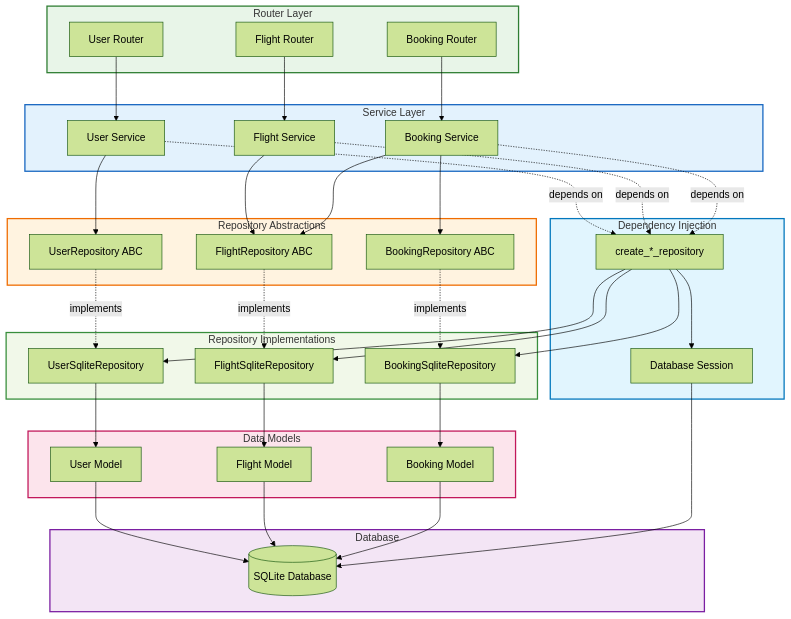
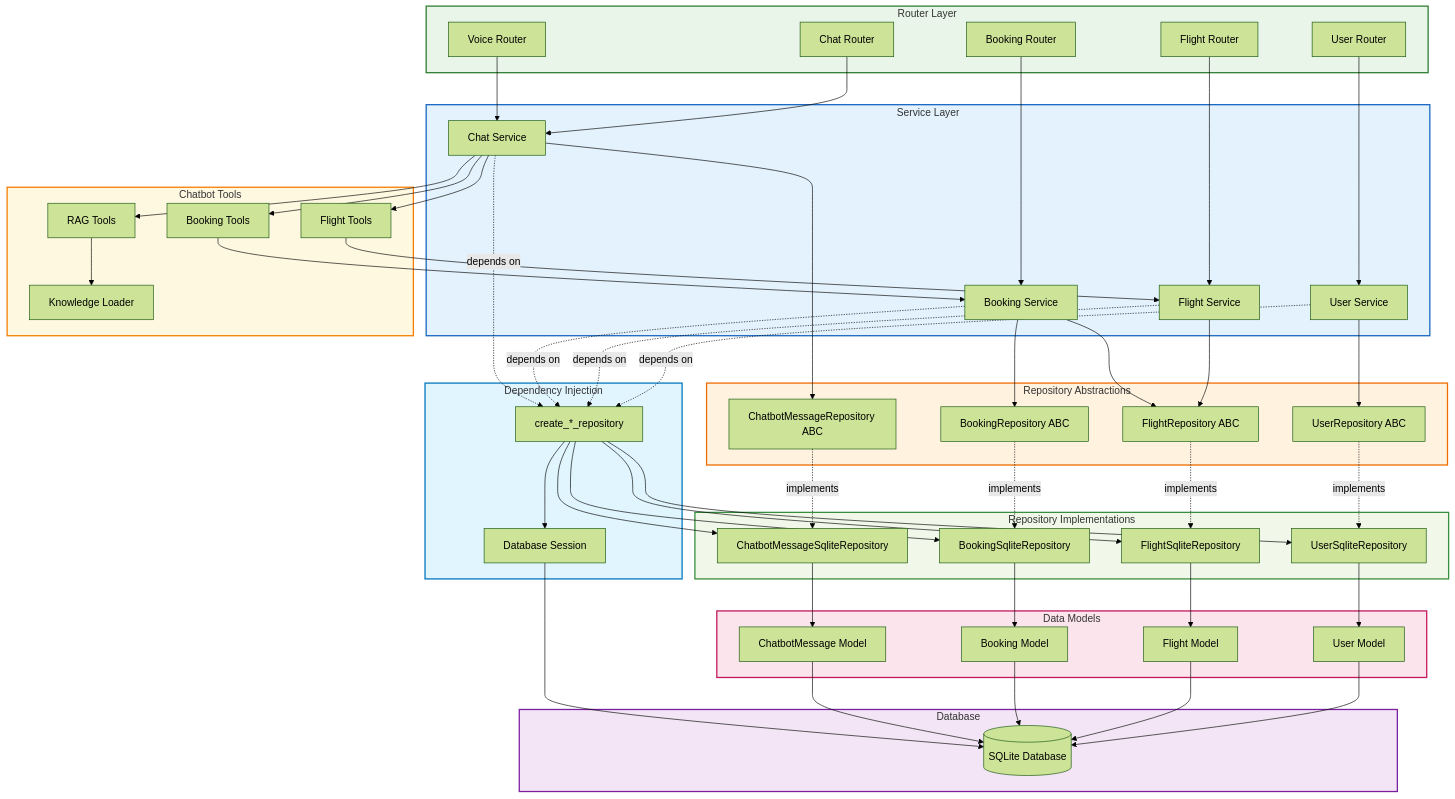
One commit to juan-bolr-org/flights-chatbot-assistant changed the diagram in docs/diagrams/03-repository-pattern.mmd. Above: the diagram before and after it, drawn with Mermaid (forest theme). The commit also changed 9 other files, not shown here.

Commit message:
Refactor project structure: remove outdated documentation and README files, update system architecture diagrams, and enhance chatbot knowledge base generation workflow.

```diff
--- a/docs/diagrams/03-repository-pattern.mmd
+++ b/docs/diagrams/03-repository-pattern.mmd
@@ -1,86 +1,116 @@
 graph TB
     subgraph RouterLayer["Router Layer"]
         UserRouter[User Router]
         FlightRouter[Flight Router]
         BookingRouter[Booking Router]
+        ChatRouter[Chat Router]
+        VoiceRouter[Voice Router]
     end
     
     subgraph ServiceLayer["Service Layer"]
         UserService[User Service]
         FlightService[Flight Service]
         BookingService[Booking Service]
+        ChatService[Chat Service]
     end
     
     subgraph RepositoryAbstractions["Repository Abstractions"]
         IUserRepo[UserRepository ABC]
         IFlightRepo[FlightRepository ABC]
         IBookingRepo[BookingRepository ABC]
+        IChatRepo[ChatbotMessageRepository ABC]
     end
     
     subgraph RepositoryImplementations["Repository Implementations"]
         UserSQLite[UserSqliteRepository]
         FlightSQLite[FlightSqliteRepository]
         BookingSQLite[BookingSqliteRepository]
+        ChatSQLite[ChatbotMessageSqliteRepository]
     end
     
     subgraph DataModels["Data Models"]
         UserModel[User Model]
         FlightModel[Flight Model]
         BookingModel[Booking Model]
+        ChatModel[ChatbotMessage Model]
     end
     
     subgraph Database["Database"]
         SQLite[(SQLite Database)]
     end
     
     subgraph DependencyInjection["Dependency Injection"]
         DI[create_*_repository]
         Session[Database Session]
     end
     
+    subgraph ChatbotTools["Chatbot Tools"]
+        FlightTools[Flight Tools]
+        BookingTools[Booking Tools]
+        RAGTools[RAG Tools]
+        KnowledgeLoader[Knowledge Loader]
+    end
+    
     UserRouter --> UserService
     FlightRouter --> FlightService
     BookingRouter --> BookingService
+    ChatRouter --> ChatService
+    VoiceRouter --> ChatService
     
     UserService --> IUserRepo
     FlightService --> IFlightRepo
     BookingService --> IBookingRepo
     BookingService --> IFlightRepo
+    ChatService --> IChatRepo
     
     IUserRepo -.->|implements| UserSQLite
     IFlightRepo -.->|implements| FlightSQLite
     IBookingRepo -.->|implements| BookingSQLite
+    IChatRepo -.->|implements| ChatSQLite
     
     UserSQLite --> UserModel
     FlightSQLite --> FlightModel
     BookingSQLite --> BookingModel
+    ChatSQLite --> ChatModel
     
     UserModel --> SQLite
     FlightModel --> SQLite
     BookingModel --> SQLite
+    ChatModel --> SQLite
     
     DI --> UserSQLite
     DI --> FlightSQLite
     DI --> BookingSQLite
+    DI --> ChatSQLite
     DI --> Session
     Session --> SQLite
     
     UserService -.->|depends on| DI
     FlightService -.->|depends on| DI
     BookingService -.->|depends on| DI
+    ChatService -.->|depends on| DI
+    
+    ChatService --> FlightTools
+    ChatService --> BookingTools
+    ChatService --> RAGTools
+    FlightTools --> FlightService
+    BookingTools --> BookingService
+    RAGTools --> KnowledgeLoader
     
     classDef router fill:#e8f5e8,stroke:#2e7d32,stroke-width:2px
     classDef service fill:#e3f2fd,stroke:#1565c0,stroke-width:2px
     classDef abstract fill:#fff3e0,stroke:#ef6c00,stroke-width:2px
     classDef impl fill:#f1f8e9,stroke:#388e3c,stroke-width:2px
     classDef model fill:#fce4ec,stroke:#c2185b,stroke-width:2px
     classDef db fill:#f3e5f5,stroke:#7b1fa2,stroke-width:2px
     classDef di fill:#e1f5fe,stroke:#0277bd,stroke-width:2px
+    classDef tools fill:#fff8e1,stroke:#f57c00,stroke-width:2px
     
     class RouterLayer router
     class ServiceLayer service
     class RepositoryAbstractions abstract
     class RepositoryImplementations impl
     class DataModels model
     class Database db
     class DependencyInjection di
+    class ChatbotTools tools
```
